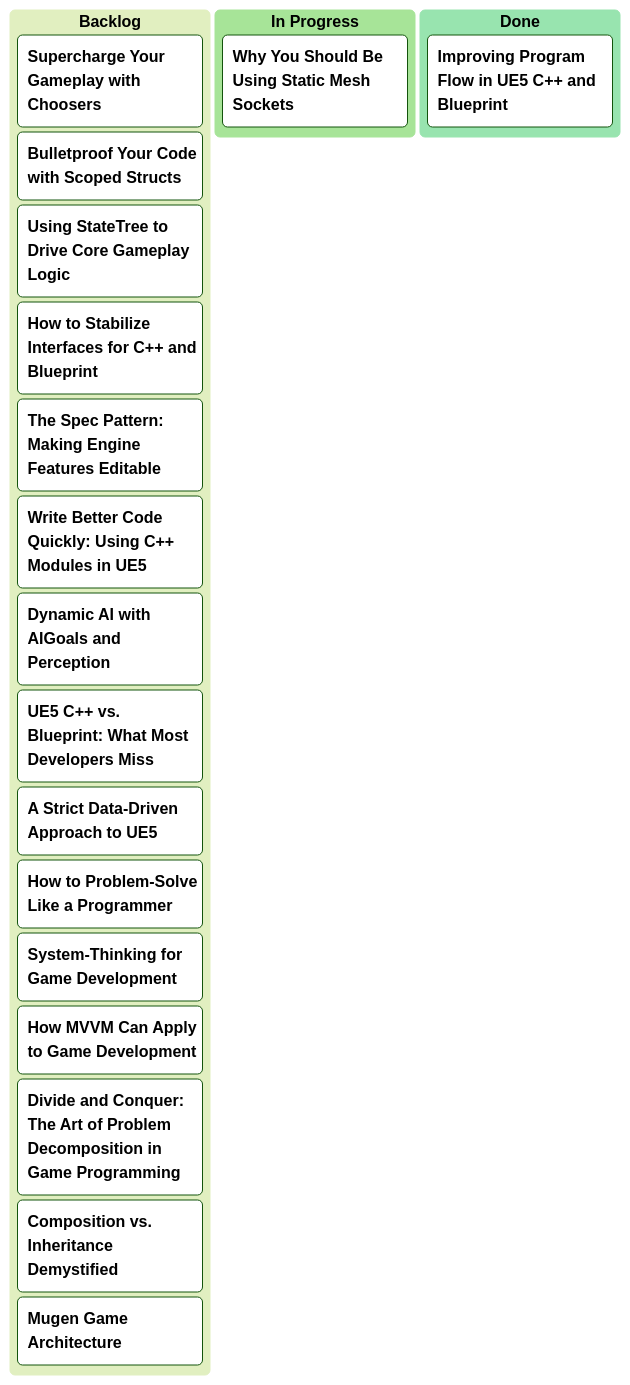
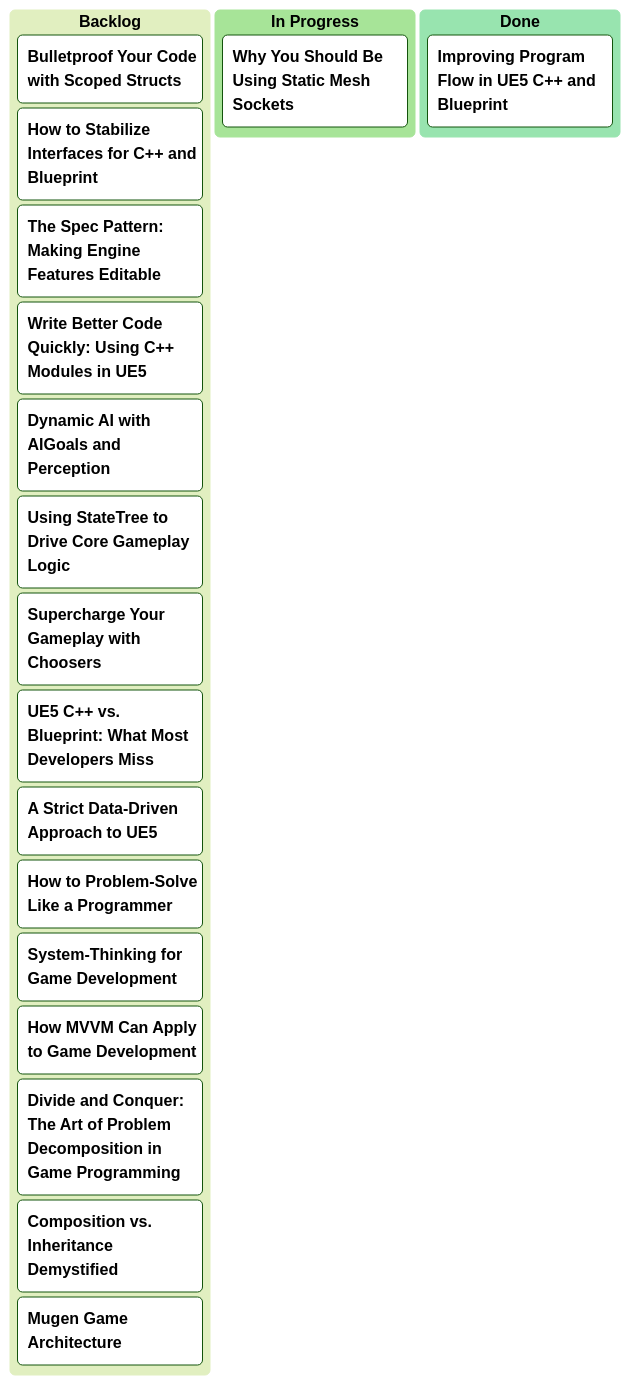
The diagram in kanban.md (mugenmelon/mugenmelon.github.io), drawn with Mermaid (forest theme) before and after one commit. The commit also changed other lines of this file, not shown here.

```diff
--- a/kanban.md
+++ b/kanban.md
@@ -8,24 +8,24 @@
 <pre class="mermaid">
 kanban
     ["`**Backlog**`"]
-        ["`**Supercharge Your Gameplay with Choosers**`"]
         ["`**Bulletproof Your Code with Scoped Structs**`"]
-        ["`**Using StateTree to Drive Core Gameplay Logic**`"]
         ["`**How to Stabilize Interfaces for C++ and Blueprint**`"]
         ["`**The Spec Pattern: Making Engine Features Editable**`"]
         ["`**Write Better Code Quickly: Using C++ Modules in UE5**`"]
         ["`**Dynamic AI with AIGoals and Perception**`"]
+        ["`**Using StateTree to Drive Core Gameplay Logic**`"]
+        ["`**Supercharge Your Gameplay with Choosers**`"]
         
         ["`**UE5 C++ vs. Blueprint: What Most Developers Miss**`"]
         ["`**A Strict Data-Driven Approach to UE5**`"]
         ["`**How to Problem-Solve Like a Programmer**`"]
         ["`**System-Thinking for Game Development**`"]
         ["`**How MVVM Can Apply to Game Development**`"]
         ["`**Divide and Conquer: The Art of Problem Decomposition in Game Programming**`"]
         ["`**Composition vs. Inheritance Demystified**`"]
         ["`**Mugen Game Architecture**`"]
     ["`**In Progress**`"]
         ["`**Why You Should Be Using Static Mesh Sockets**`"]
     ["`**Done**`"]
         ["`**Improving Program Flow in UE5 C++ and Blueprint**`"]
 </pre>
```
